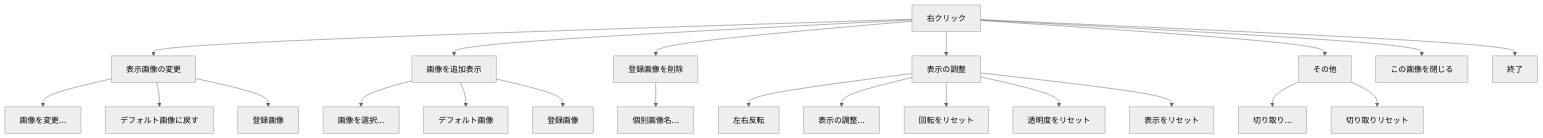
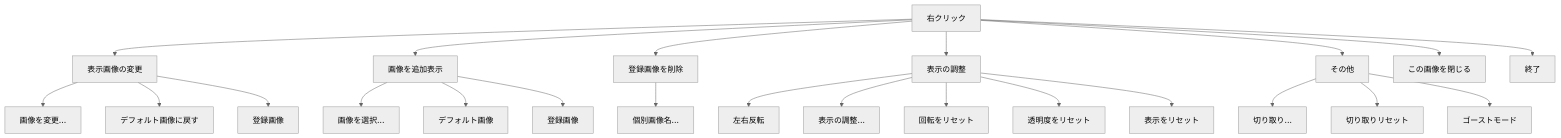
One commit to shiroemons/sobani changed the third of 4 diagrams in docs/guide/usage.md. Above: the diagram before and after it, drawn with Mermaid (neutral theme). The commit also changed other lines of this file and 5 other files, not shown here.

````diff
--- a/docs/guide/usage.md
+++ b/docs/guide/usage.md
@@ -92,29 +95,30 @@
 ```mermaid
 flowchart TD
     RC[右クリック] --> CHANGE[表示画像の変更]
     CHANGE --> CHANGE_FILE[画像を変更...]
     CHANGE --> CHANGE_DEFAULT["デフォルト画像に戻す"]
     CHANGE --> CHANGE_REG["登録画像"]
 
     RC --> ADD[画像を追加表示]
     ADD --> ADD_FILE["画像を選択..."]
     ADD --> ADD_DEFAULT["デフォルト画像"]
     ADD --> ADD_REG["登録画像"]
 
     RC --> DELETE[登録画像を削除]
     DELETE --> DELETE_REG["個別画像名..."]
 
     RC --> VIEW[表示の調整]
     VIEW --> FLIP[左右反転]
     VIEW --> PANEL["表示の調整..."]
     VIEW --> RESET_ROT[回転をリセット]
     VIEW --> RESET_OPA[透明度をリセット]
     VIEW --> RESET_ALL[表示をリセット]
 
     RC --> OTHER[その他]
     OTHER --> CROP["切り取り..."]
     OTHER --> CROP_RESET["切り取りリセット"]
+    OTHER --> GHOST["ゴーストモード"]
 
     RC --> CLOSE[この画像を閉じる]
     RC --> QUIT[終了]
 ```
````
